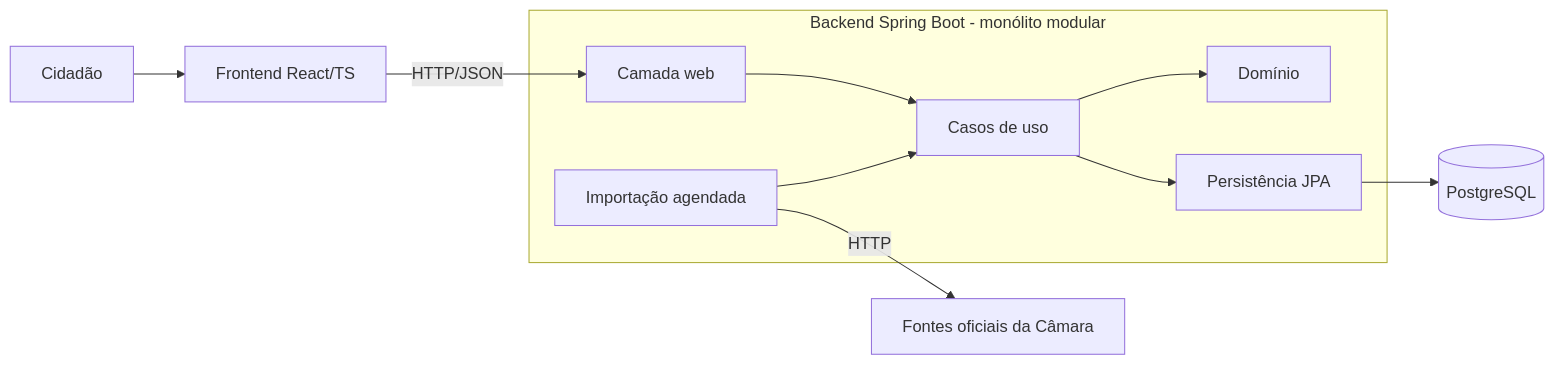
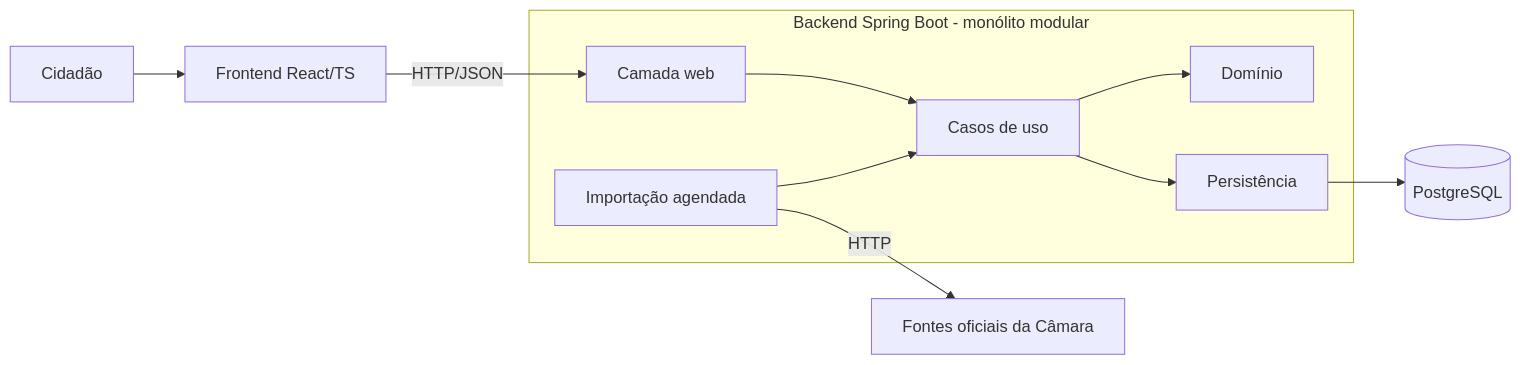
The diagram in docs/architecture/architecture.md (Andreeehh/politica-aberta), drawn with Mermaid before and after one commit. The commit also changed other lines of this file and 47 other files, not shown here.

````diff
--- a/docs/architecture/architecture.md
+++ b/docs/architecture/architecture.md
@@ -9,13 +9,13 @@
 ```mermaid
 flowchart LR
     Usuario[Cidadão] --> Front[Frontend React/TS]
     Front -->|HTTP/JSON| API
     subgraph Backend [Backend Spring Boot - monólito modular]
         API[Camada web] --> App[Casos de uso]
         App --> Dom[Domínio]
-        App --> Infra[Persistência JPA]
+        App --> Infra[Persistência]
         Imp[Importação agendada] --> App
     end
     Infra --> DB[(PostgreSQL)]
     Imp -->|HTTP| Camara[Fontes oficiais da Câmara]
 ```
````
